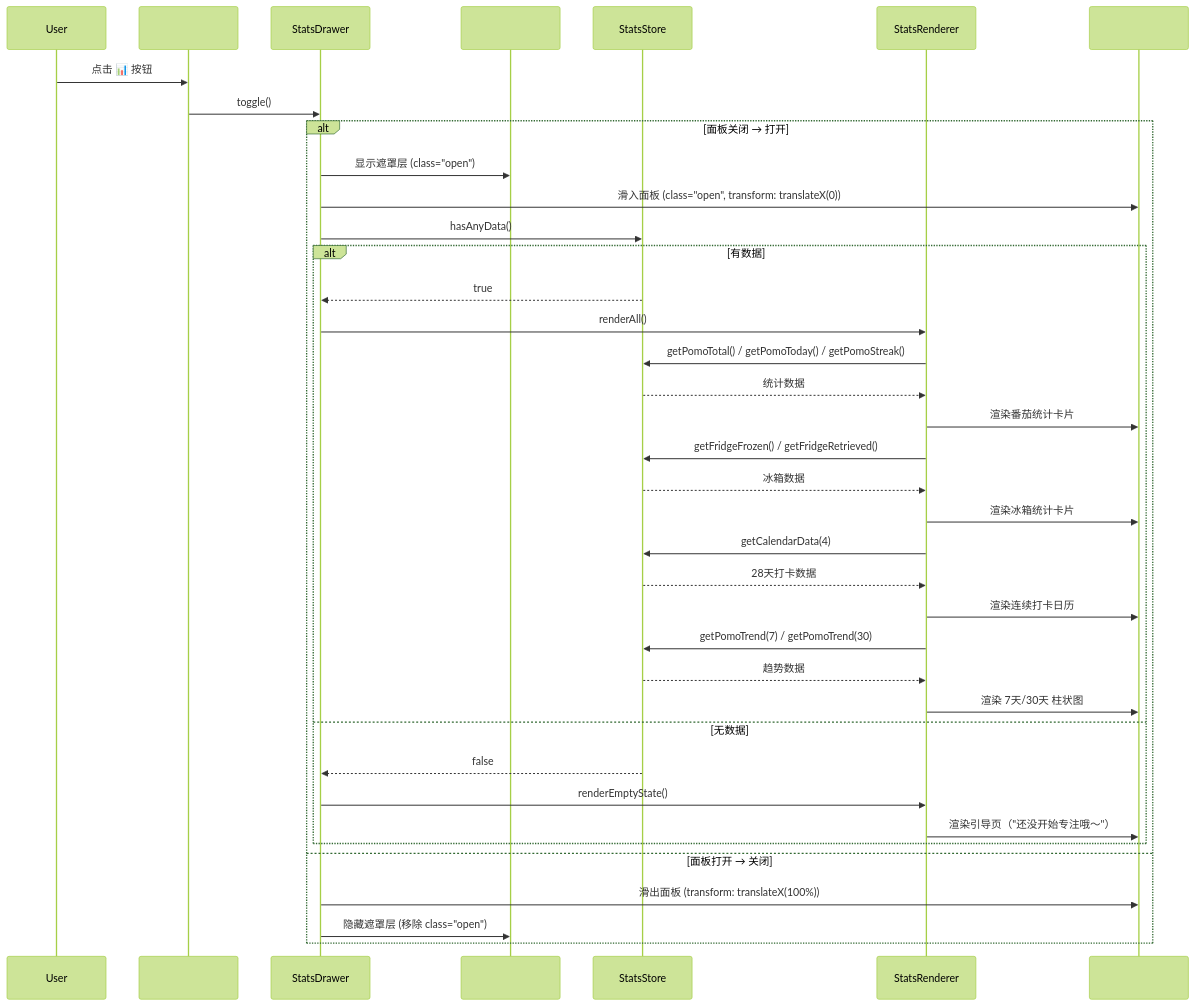
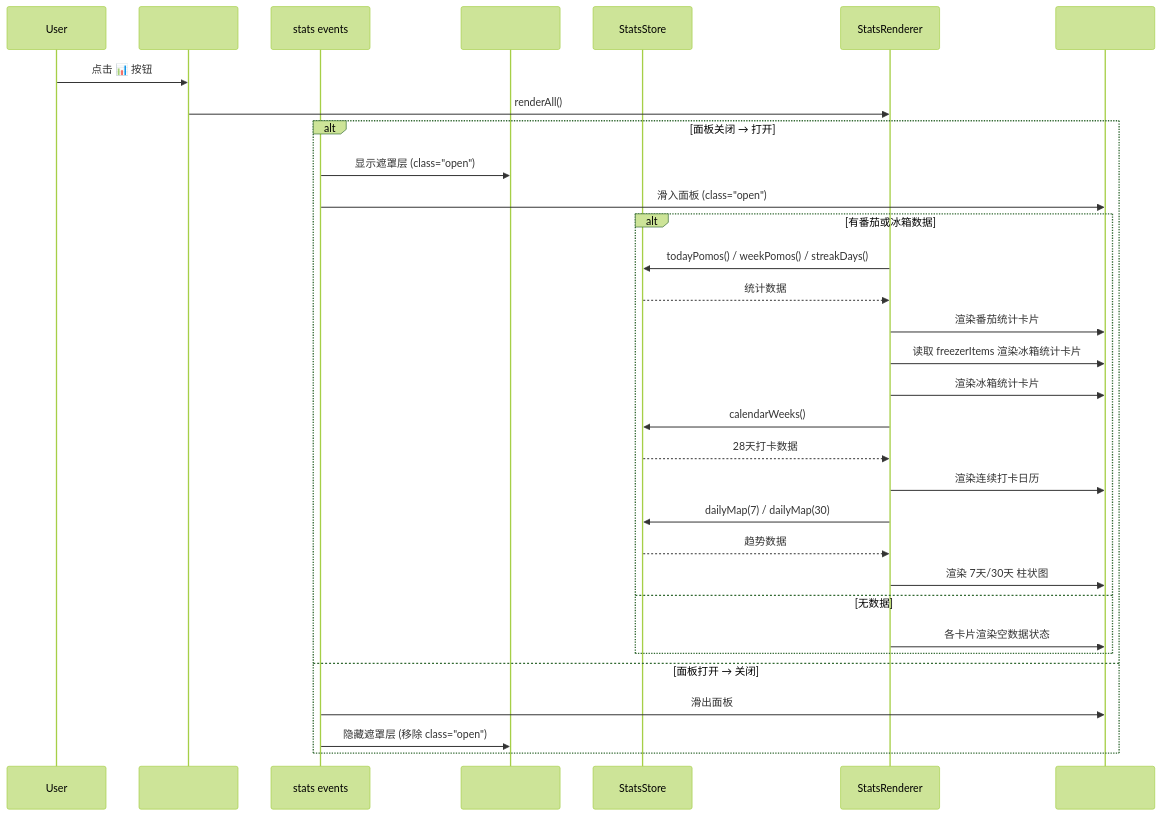
The diagram in docs/sequence-diagram.mermaid (zcycharls/naonao), drawn with Mermaid (forest theme) before and after one commit. The commit also changed 14 other files, not shown here.

```diff
--- a/docs/sequence-diagram.mermaid
+++ b/docs/sequence-diagram.mermaid
@@ -1,41 +1,35 @@
 sequenceDiagram
     participant User
-    participant StatsBtn as #stats-btn
-    participant Drawer as StatsDrawer
+    participant StatsBtn as #stats-toggle
+    participant Drawer as stats events
     participant Overlay as #stats-overlay
     participant Store as StatsStore
     participant Renderer as StatsRenderer
-    participant DOM as #stats-panel
+    participant DOM as #stats-drawer
 
     User->>StatsBtn: 点击 📊 按钮
-    StatsBtn->>Drawer: toggle()
+    StatsBtn->>Renderer: renderAll()
 
     alt 面板关闭 → 打开
         Drawer->>Overlay: 显示遮罩层 (class="open")
-        Drawer->>DOM: 滑入面板 (class="open", transform: translateX(0))
-        Drawer->>Store: hasAnyData()
+        Drawer->>DOM: 滑入面板 (class="open")
 
-        alt 有数据
-            Store-->>Drawer: true
-            Drawer->>Renderer: renderAll()
-            Renderer->>Store: getPomoTotal() / getPomoToday() / getPomoStreak()
+        alt 有番茄或冰箱数据
+            Renderer->>Store: todayPomos() / weekPomos() / streakDays()
             Store-->>Renderer: 统计数据
             Renderer->>DOM: 渲染番茄统计卡片
-            Renderer->>Store: getFridgeFrozen() / getFridgeRetrieved()
-            Store-->>Renderer: 冰箱数据
+            Renderer->>DOM: 读取 freezerItems 渲染冰箱统计卡片
             Renderer->>DOM: 渲染冰箱统计卡片
-            Renderer->>Store: getCalendarData(4)
+            Renderer->>Store: calendarWeeks()
             Store-->>Renderer: 28天打卡数据
             Renderer->>DOM: 渲染连续打卡日历
-            Renderer->>Store: getPomoTrend(7) / getPomoTrend(30)
+            Renderer->>Store: dailyMap(7) / dailyMap(30)
             Store-->>Renderer: 趋势数据
             Renderer->>DOM: 渲染 7天/30天 柱状图
         else 无数据
-            Store-->>Drawer: false
-            Drawer->>Renderer: renderEmptyState()
-            Renderer->>DOM: 渲染引导页（"还没开始专注哦～"）
+            Renderer->>DOM: 各卡片渲染空数据状态
         end
     else 面板打开 → 关闭
-        Drawer->>DOM: 滑出面板 (transform: translateX(100%))
+        Drawer->>DOM: 滑出面板
         Drawer->>Overlay: 隐藏遮罩层 (移除 class="open")
     end
```
